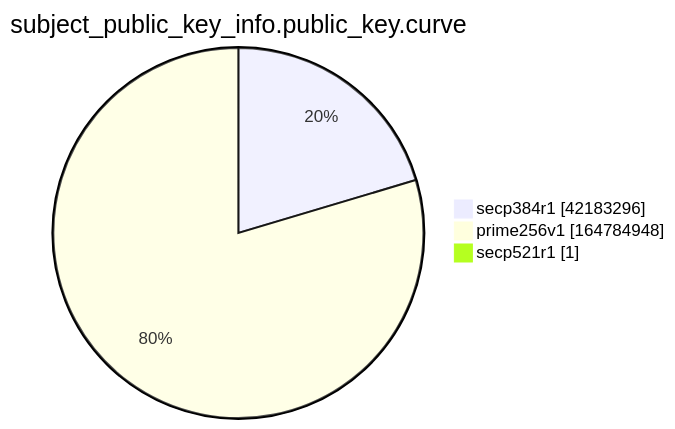
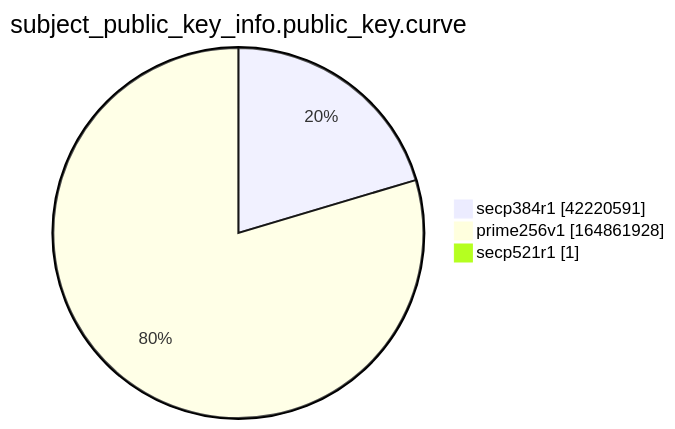
One commit to christiankrug/ctmonitor_visualization changed the ninth of 15 diagrams in xenon2022/README.md. Above: the diagram before and after it, drawn with Mermaid. The commit also changed other lines of this file, not shown here.

````diff
--- a/xenon2022/README.md
+++ b/xenon2022/README.md
@@ -2869,7 +2869,7 @@
 ```mermaid
 pie showData
 title subject_public_key_info.public_key.curve
-"secp384r1" :42183296
-"prime256v1" :164784948
+"secp384r1" :42220591
+"prime256v1" :164861928
 "secp521r1" :1
 ```
````
